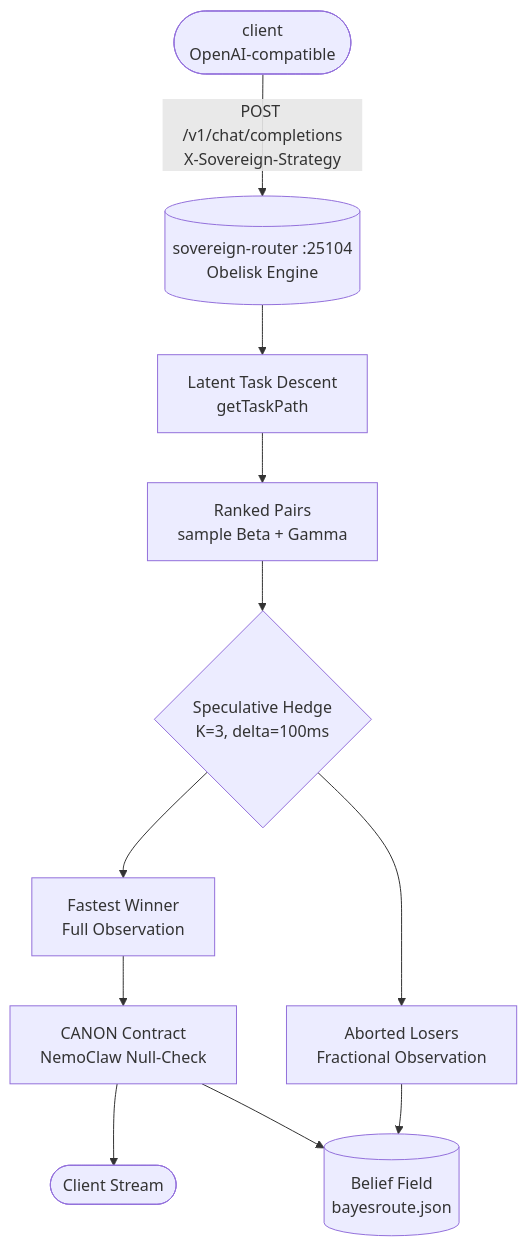
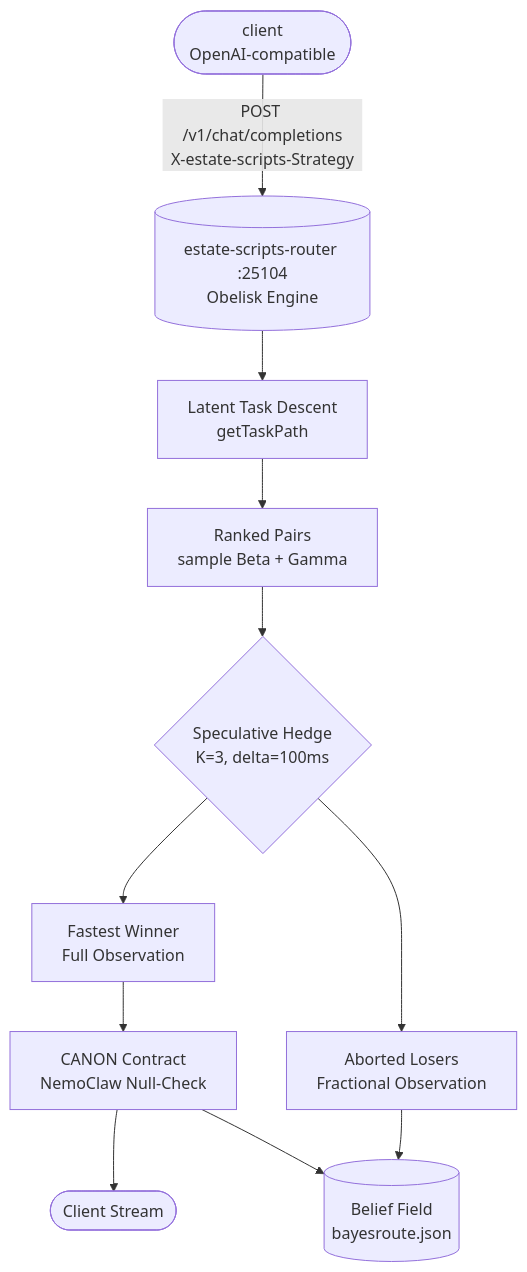
One commit to toxicwind/ranch changed the diagram in mesh/router/README.md. Above: the diagram before and after it, drawn with Mermaid. The commit also changed other lines of this file and 633 other files, not shown here.

````diff
--- a/mesh/router/README.md
+++ b/mesh/router/README.md
@@ -24,13 +24,13 @@
 ```mermaid
 flowchart TB
-    client([client<br/>OpenAI-compatible]) -->|"POST /v1/chat/completions<br/>X-Sovereign-Strategy"| r[("sovereign-router :25104<br/>Obelisk Engine")]
+    client([client<br/>OpenAI-compatible]) -->|"POST /v1/chat/completions<br/>X-estate-scripts-Strategy"| r[("estate-scripts-router :25104<br/>Obelisk Engine")]
     r --> tree[Latent Task Descent<br/>getTaskPath]
     tree --> rank[Ranked Pairs<br/>sample Beta + Gamma]
     rank --> hedge{Speculative Hedge<br/>K=3, delta=100ms}
     hedge --> w[Fastest Winner<br/>Full Observation]
     hedge --> l[Aborted Losers<br/>Fractional Observation]
     w --> verify[CANON Contract<br/>NemoClaw Null-Check]
     verify --> out([Client Stream])
     l --> belief[(Belief Field<br/>bayesroute.json)]
     verify --> belief
 ```
````
